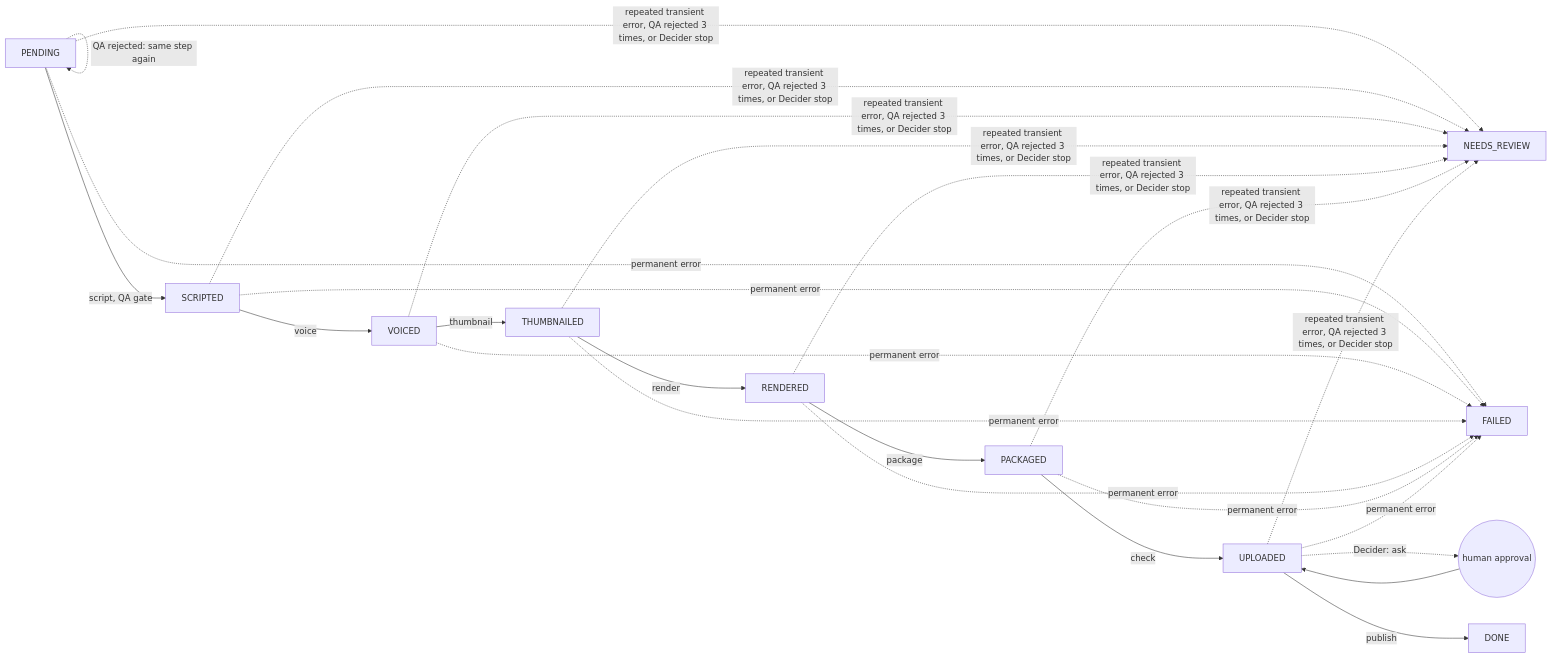
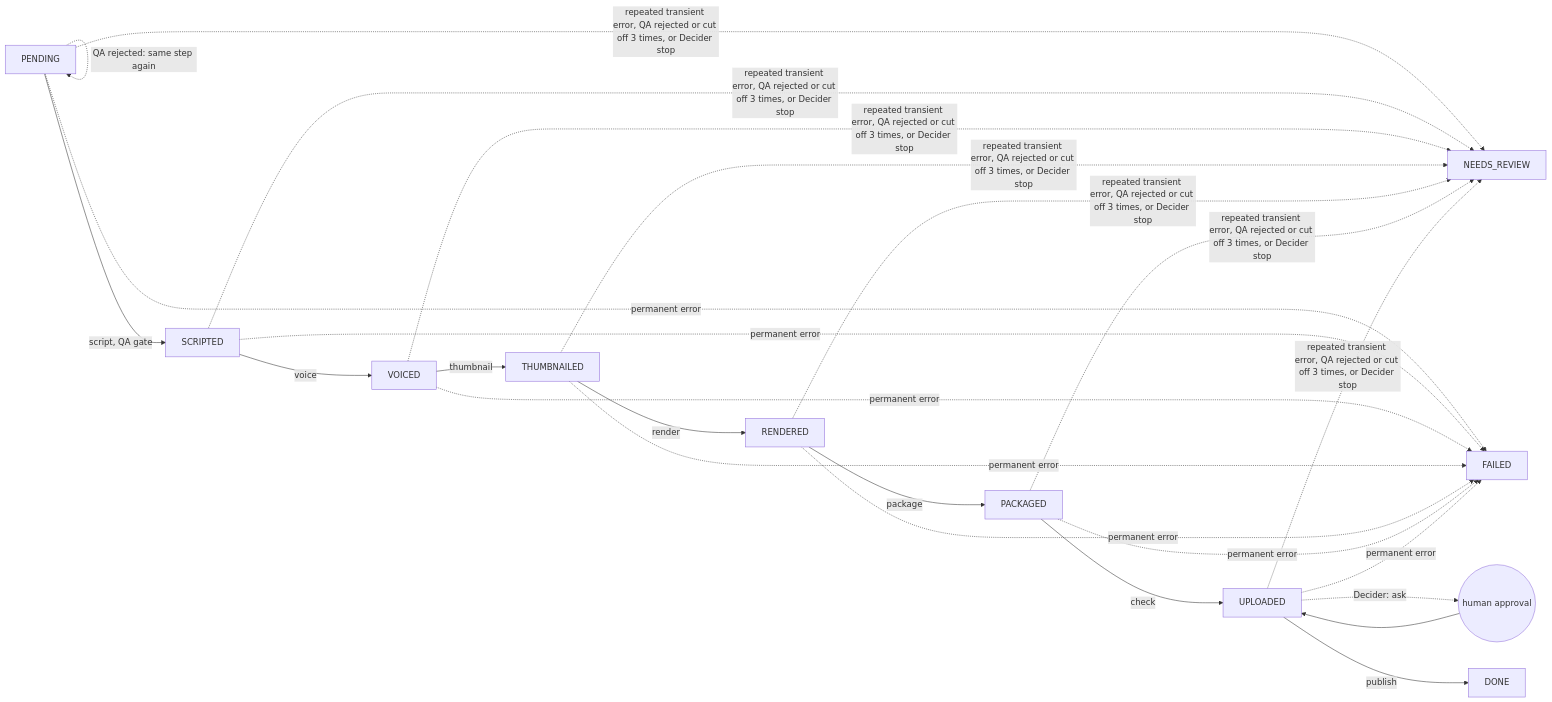
One commit to dygbhcc/sleepy-agent changed the diagram in README.md. Above: the diagram before and after it, drawn with Mermaid. The commit also changed other lines of this file and 5 other files, not shown here.

````diff
--- a/README.md
+++ b/README.md
@@ -39,15 +39,15 @@
 ```mermaid
 flowchart LR
     A[PENDING] -->|script, QA gate| B[SCRIPTED]
     B -->|voice| C[VOICED]
     C -->|thumbnail| D[THUMBNAILED]
     D -->|render| E[RENDERED]
     E -->|package| F[PACKAGED]
     F -->|check| G[UPLOADED]
     G -->|publish| H[DONE]
     A -. QA rejected: same step again .-> A
     G -. Decider: ask .-> I((human approval))
     I --> G
     A & B & C & D & E & F & G -. permanent error .-> X[FAILED]
-    A & B & C & D & E & F & G -. repeated transient error, QA rejected 3 times, or Decider stop .-> R[NEEDS_REVIEW]
+    A & B & C & D & E & F & G -. repeated transient error, QA rejected or cut off 3 times, or Decider stop .-> R[NEEDS_REVIEW]
 ```
````
